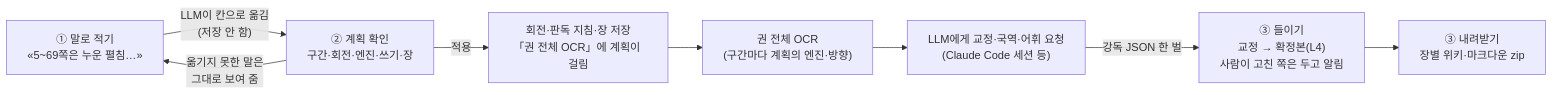
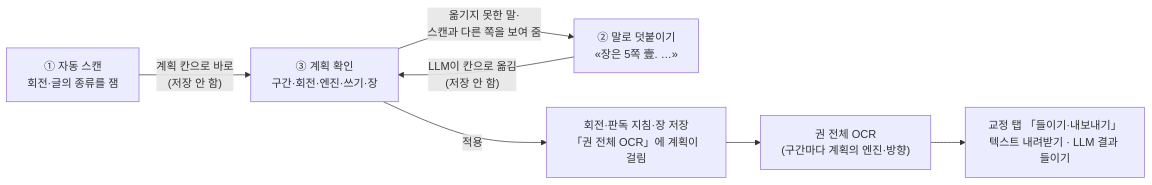
One commit to hw725/classical-text-browser changed the third of 3 diagrams in docs/user-guide.md. Above: the diagram before and after it, drawn with Mermaid. The commit also changed other lines of this file and 21 other files, not shown here.

````diff
--- a/docs/user-guide.md
+++ b/docs/user-guide.md
@@ -568,10 +570,9 @@
 ```mermaid
 flowchart LR
-    A["① 말로 적기<br/>«5~69쪽은 누운 펼침…»"] -->|"LLM이 칸으로 옮김<br/>(저장 안 함)"| B["② 계획 확인<br/>구간·회전·엔진·쓰기·장"]
-    B -->|"옮기지 못한 말은<br/>그대로 보여 줌"| A
+    S["① 자동 스캔<br/>회전·글의 종류를 잼"] -->|"계획 칸으로 바로<br/>(저장 안 함)"| B["③ 계획 확인<br/>구간·회전·엔진·쓰기·장"]
+    A["② 말로 덧붙이기<br/>«장은 5쪽 壹. …»"] -->|"LLM이 칸으로 옮김<br/>(저장 안 함)"| B
+    B -->|"옮기지 못한 말·<br/>스캔과 다른 쪽을 보여 줌"| A
     B -->|"적용"| C["회전·판독 지침·장 저장<br/>「권 전체 OCR」에 계획이 걸림"]
     C --> D["권 전체 OCR<br/>(구간마다 계획의 엔진·방향)"]
-    D --> E["LLM에게 교정·국역·어휘 요청<br/>(Claude Code 세션 등)"]
-    E -->|"강독 JSON 한 벌"| F["③ 들이기<br/>교정 → 확정본(L4)<br/>사람이 고친 쪽은 두고 알림"]
-    F --> G["③ 내려받기<br/>장별 위키·마크다운 zip"]
+    D --> G["교정 탭 「들이기·내보내기」<br/>텍스트 내려받기 · LLM 결과 들이기"]
 ```
````
